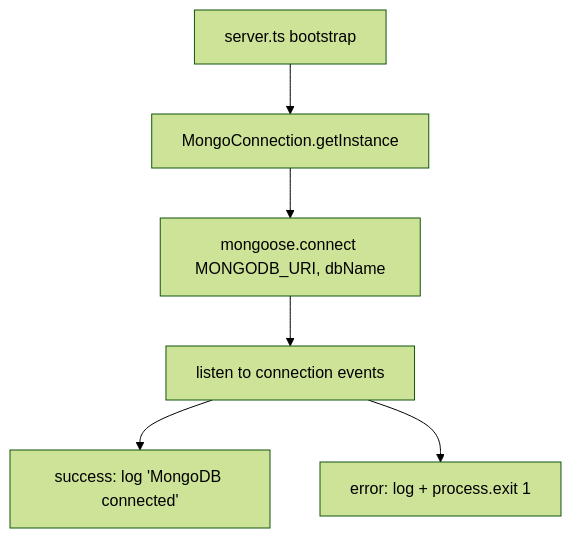
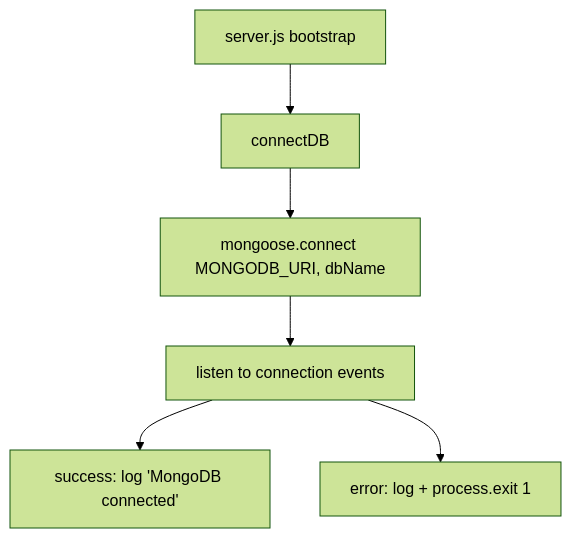
Before and after one commit to cloudtecki/the-woven-kitchen-api: the fourth of 6 diagrams in docs/00-project-startup-flow.md, drawn with Mermaid (forest theme). The commit also changed other lines of this file and 214 other files, not shown here.

````diff
--- a/docs/00-project-startup-flow.md
+++ b/docs/00-project-startup-flow.md
@@ -194,8 +148,8 @@
 ```mermaid
 flowchart TD
-    A[server.ts bootstrap] --> B[MongoConnection.getInstance]
+    A[server.js bootstrap] --> B[connectDB]
     B --> C[mongoose.connect MONGODB_URI, dbName]
     C --> D[listen to connection events]
     D --> F[success: log 'MongoDB connected']
     D --> E[error: log + process.exit 1]
 ```
````
